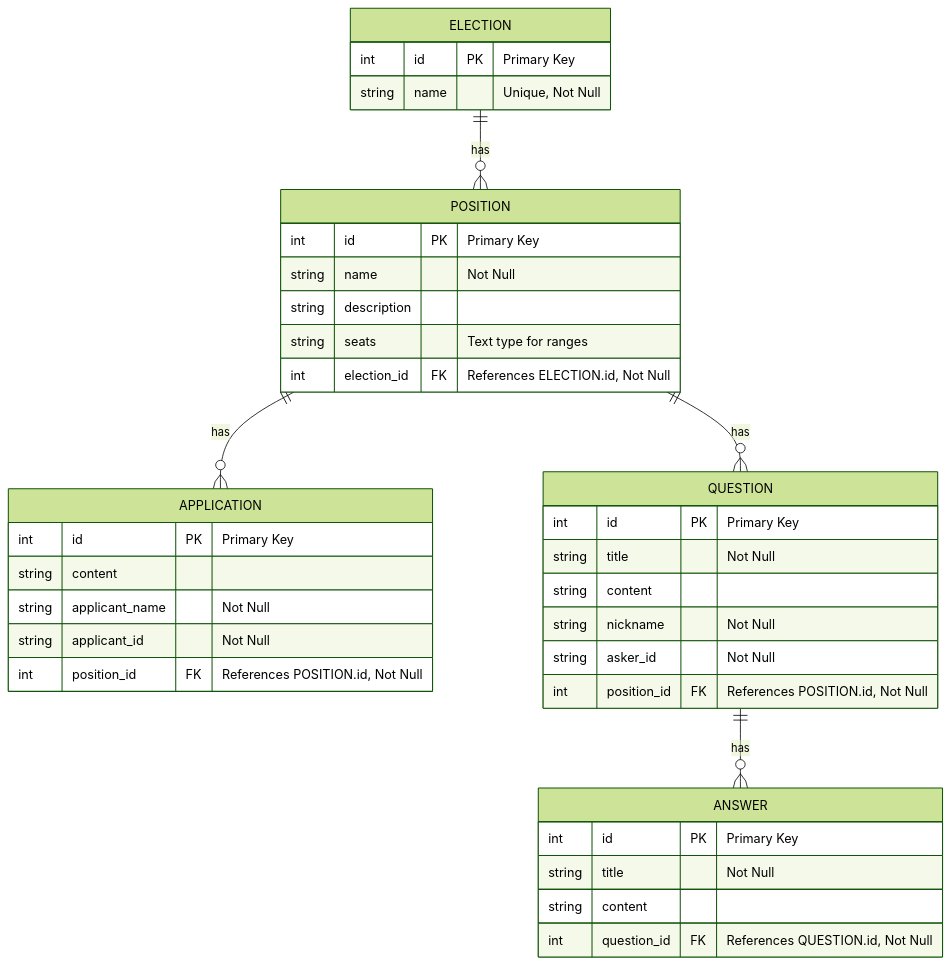
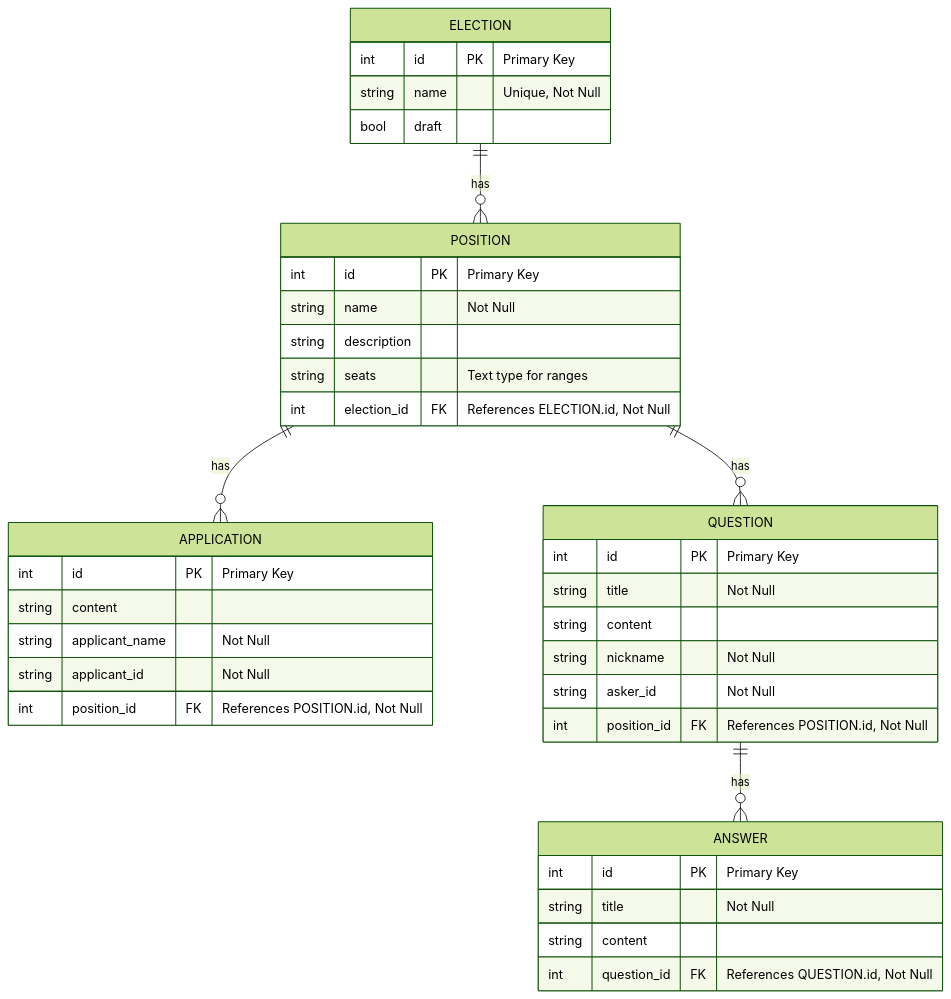
The diagram in README.md (Prodeko/vaaliplatta), drawn with Mermaid (forest theme) before and after one commit. The commit also changed 2 other files, not shown here.

Commit message:
add first routes and db io for election

````diff
--- a/README.md
+++ b/README.md
@@ -12,40 +12,41 @@
 ```mermaid
 erDiagram
     ELECTION {
         int id PK "Primary Key"
         string name "Unique, Not Null"
+        bool draft
     }
     POSITION {
         int id PK "Primary Key"
         string name "Not Null"
         string description
         string seats "Text type for ranges"
         int election_id FK "References ELECTION.id, Not Null"
     }
     APPLICATION {
         int id PK "Primary Key"
         string content
         string applicant_name "Not Null"
         string applicant_id "Not Null"
         int position_id FK "References POSITION.id, Not Null"
     }
     QUESTION {
         int id PK "Primary Key"
         string title "Not Null"
         string content
         string nickname "Not Null"
         string asker_id "Not Null"
         int position_id FK "References POSITION.id, Not Null"
     }
     ANSWER {
         int id PK "Primary Key"
         string title "Not Null"
         string content
         int question_id FK "References QUESTION.id, Not Null"
     }
 
     ELECTION ||--o{ POSITION : "has"
     POSITION ||--o{ APPLICATION : "has"
     POSITION ||--o{ QUESTION : "has"
     QUESTION ||--o{ ANSWER : "has"
 ```
````
